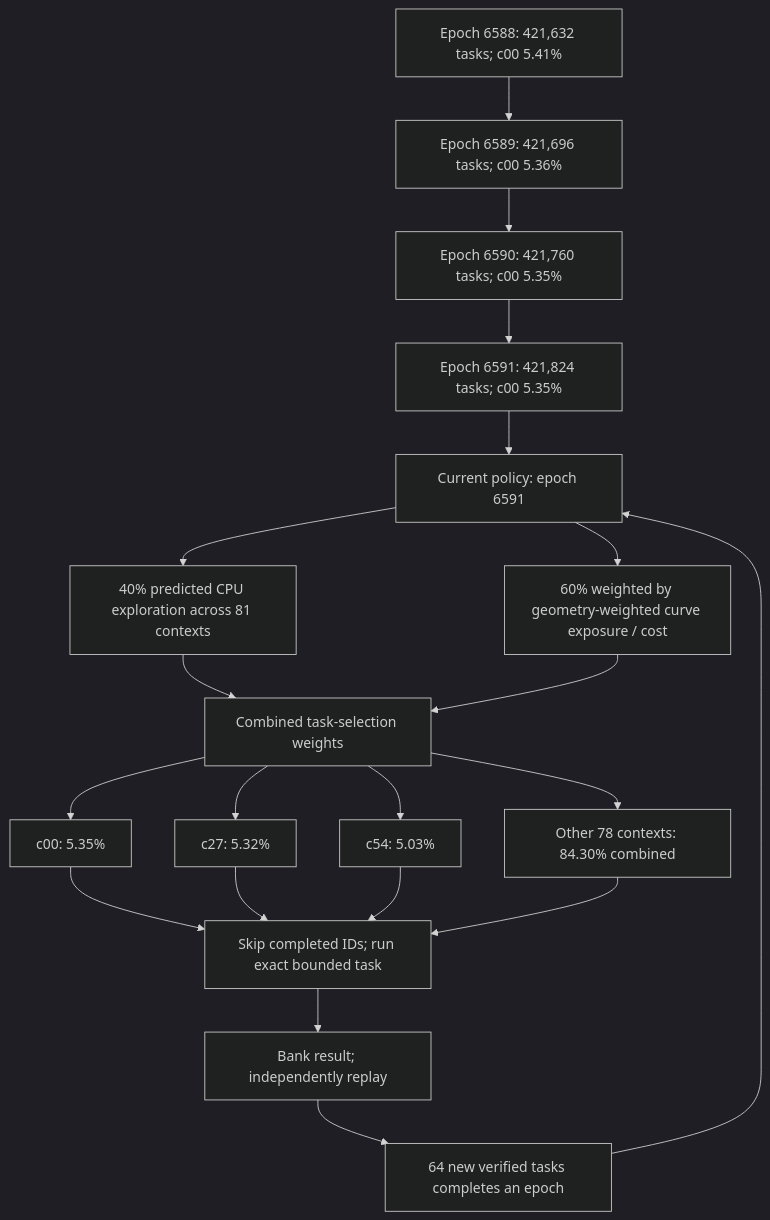
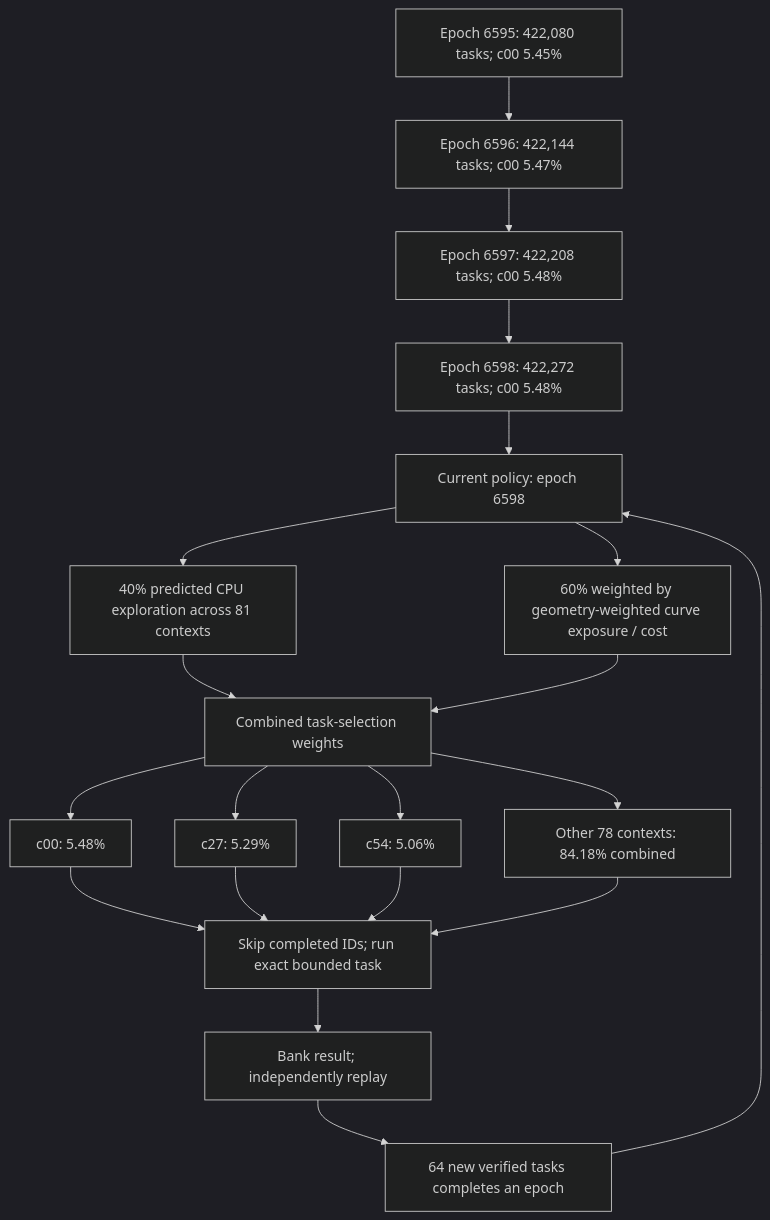
One commit to Kuberwastaken/math-gambling changed the first of 4 diagrams in README.md. Above: the diagram before and after it, drawn with Mermaid (dark theme). The commit also changed other lines of this file and 1508 other files, not shown here.

````diff
--- a/README.md
+++ b/README.md
@@ -60,27 +60,27 @@
 ```mermaid
 flowchart TD
-    H0["Epoch 6588: 421,632 tasks; c00 5.41%"]
-    H1["Epoch 6589: 421,696 tasks; c00 5.36%"]
+    H0["Epoch 6595: 422,080 tasks; c00 5.45%"]
+    H1["Epoch 6596: 422,144 tasks; c00 5.47%"]
     H0 --> H1
-    H2["Epoch 6590: 421,760 tasks; c00 5.35%"]
+    H2["Epoch 6597: 422,208 tasks; c00 5.48%"]
     H1 --> H2
-    H3["Epoch 6591: 421,824 tasks; c00 5.35%"]
+    H3["Epoch 6598: 422,272 tasks; c00 5.48%"]
     H2 --> H3
-    Policy["Current policy: epoch 6591"]
+    Policy["Current policy: epoch 6598"]
     H3 --> Policy
     Policy --> Explore["40% predicted CPU exploration across 81 contexts"]
     Policy --> Cost["60% weighted by geometry-weighted curve exposure / cost"]
     Explore --> Mix["Combined task-selection weights"]
     Cost --> Mix
-    Mix --> C0["c00: 5.35%"]
-    Mix --> C1["c27: 5.32%"]
-    Mix --> C2["c54: 5.03%"]
-    Mix --> Rest["Other 78 contexts: 84.30% combined"]
+    Mix --> C0["c00: 5.48%"]
+    Mix --> C1["c27: 5.29%"]
+    Mix --> C2["c54: 5.06%"]
+    Mix --> Rest["Other 78 contexts: 84.18% combined"]
     C0 --> Check["Skip completed IDs; run exact bounded task"]
     C1 --> Check
     C2 --> Check
     Rest --> Check
     Check --> Replay["Bank result; independently replay"]
     Replay --> Gate["64 new verified tasks completes an epoch"]
     Gate --> Policy
 ```
````
